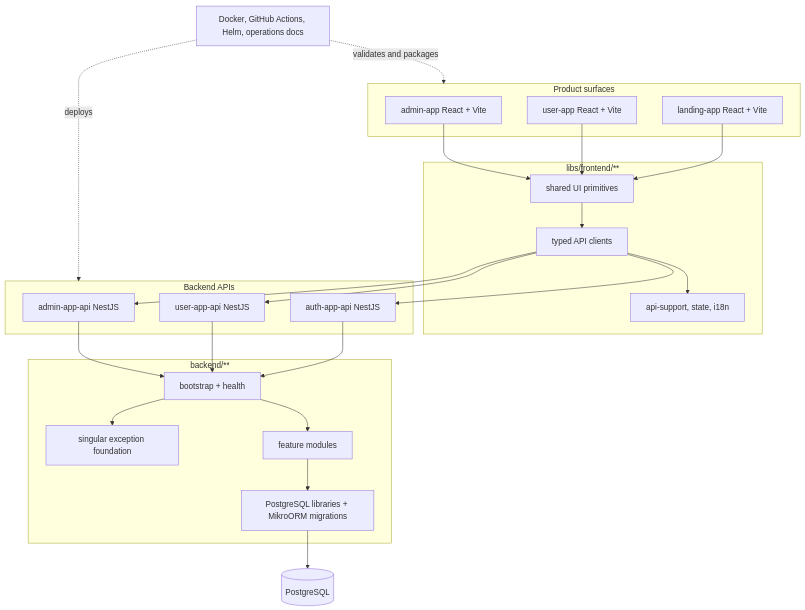
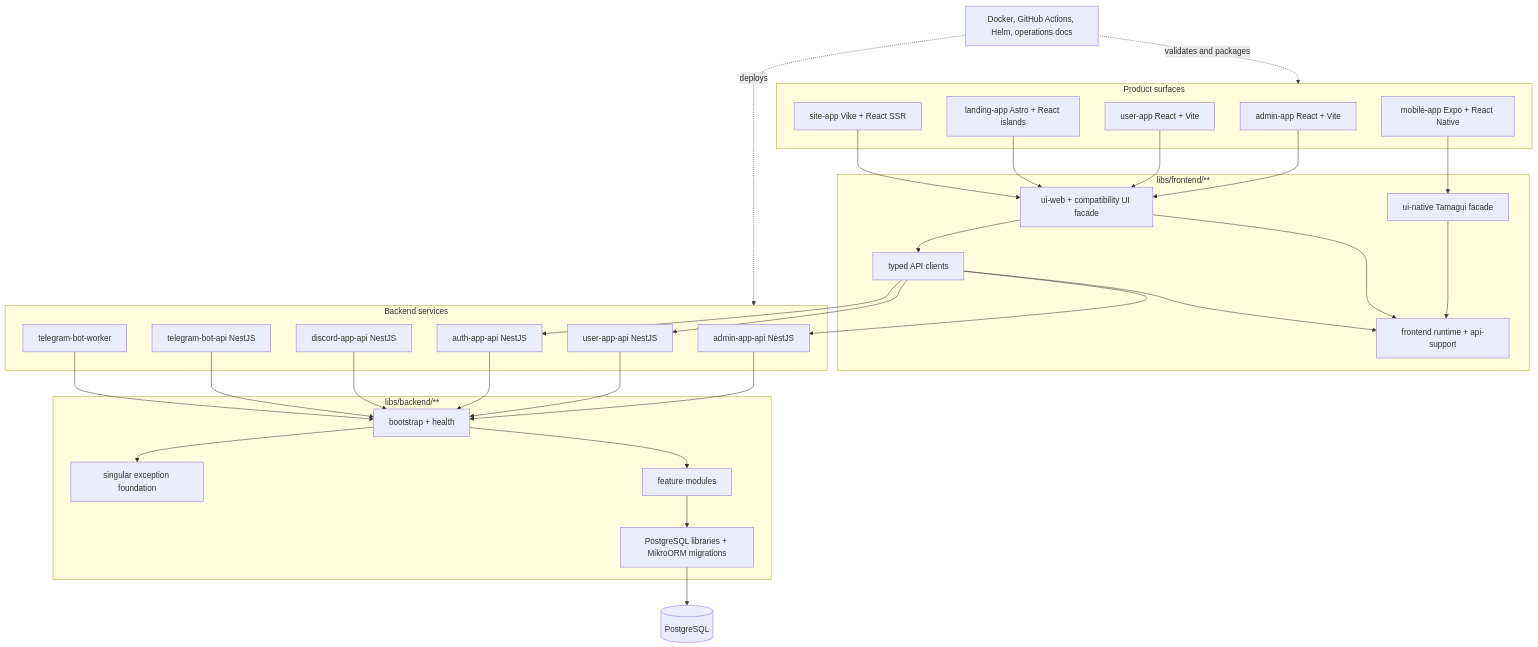
Before and after one commit to nmime/nest-react-boilerplate: the diagram in README.md, drawn with Mermaid. The commit also changed other lines of this file and 349 other files, not shown here.

````diff
--- a/README.md
+++ b/README.md
@@ -7,44 +7,57 @@
 ```mermaid
 flowchart TB
   subgraph Product["Product surfaces"]
     Admin["admin-app React + Vite"]
     User["user-app React + Vite"]
-    Landing["landing-app React + Vite"]
+    Landing["landing-app Astro + React islands"]
+    Site["site-app Vike + React SSR"]
+    Mobile["mobile-app Expo + React Native"]
   end
   subgraph Frontend["libs/frontend/**"]
-    UI["shared UI primitives"]
+    UI["ui-web + compatibility UI facade"]
+    NativeUI["ui-native Tamagui facade"]
+    Runtime["frontend runtime + api-support"]
     Client["typed API clients"]
-    Support["api-support, state, i18n"]
   end
-  subgraph APIs["Backend APIs"]
+  subgraph Services["Backend services"]
     AdminApi["admin-app-api NestJS"]
     UserApi["user-app-api NestJS"]
     AuthApi["auth-app-api NestJS"]
+    DiscordApi["discord-app-api NestJS"]
+    TelegramApi["telegram-bot-api NestJS"]
+    TelegramWorker["telegram-bot-worker"]
   end
-  subgraph Backend["backend/**"]
+  subgraph Backend["libs/backend/**"]
     Bootstrap["bootstrap + health"]
     Exception["singular exception foundation"]
     Features["feature modules"]
     Postgres["PostgreSQL libraries + MikroORM migrations"]
   end
   Data[(PostgreSQL)]
   Ops["Docker, GitHub Actions, Helm, operations docs"]
 
   Admin --> UI
   User --> UI
   Landing --> UI
+  Site --> UI
+  Mobile --> NativeUI
+  NativeUI --> Runtime
+  UI --> Runtime
   UI --> Client
-  Client --> Support
+  Client --> Runtime
   Client --> AdminApi
   Client --> UserApi
   Client --> AuthApi
   AdminApi --> Bootstrap
   UserApi --> Bootstrap
   AuthApi --> Bootstrap
+  DiscordApi --> Bootstrap
+  TelegramApi --> Bootstrap
+  TelegramWorker --> Bootstrap
   Bootstrap --> Exception
   Bootstrap --> Features
   Features --> Postgres
   Postgres --> Data
   Ops -. "validates and packages" .-> Product
-  Ops -. "deploys" .-> APIs
+  Ops -. "deploys" .-> Services
 ```
````
